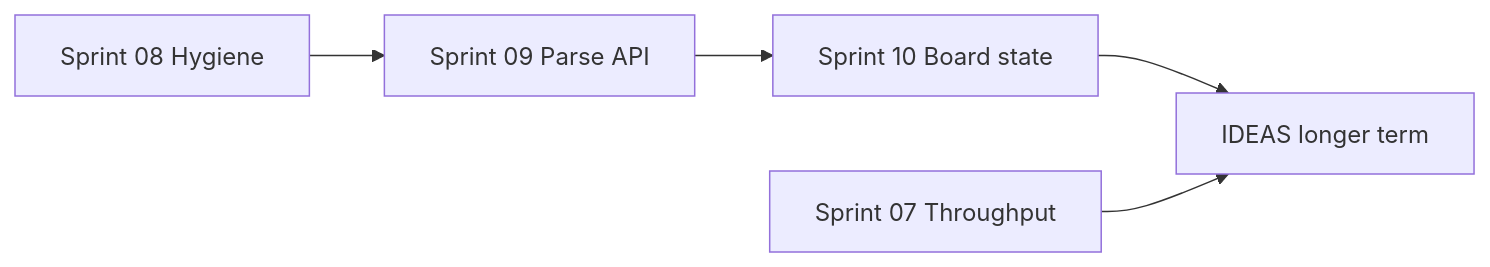
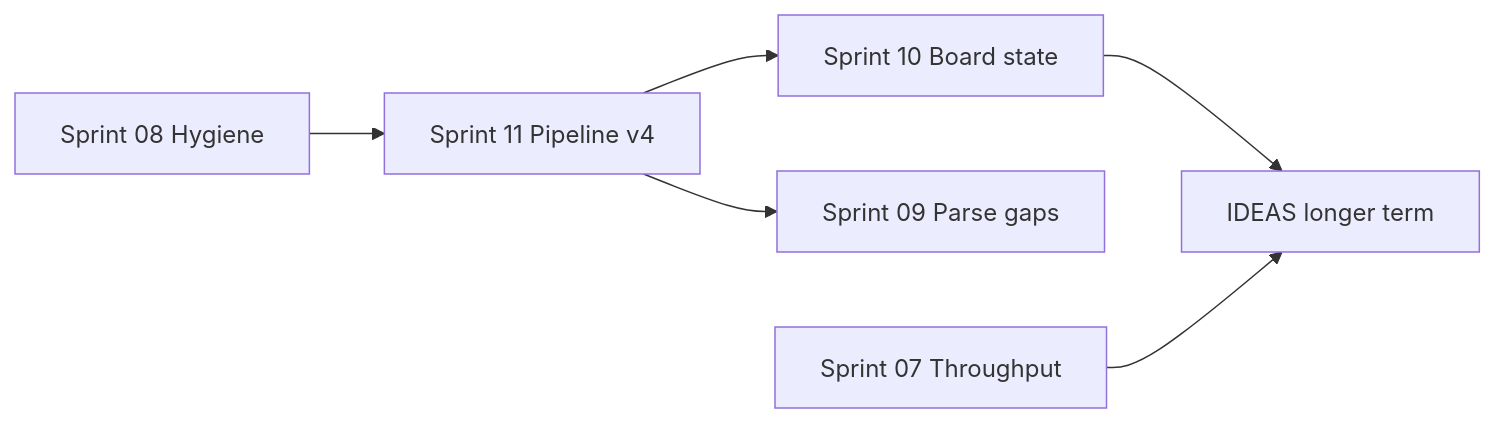
Before and after one commit to yschroe/chessalyzer.js: the diagram in sprints/README.md, drawn with Mermaid. The commit also changed other lines of this file and 72 other files, not shown here.

````diff
--- a/sprints/README.md
+++ b/sprints/README.md
@@ -27,13 +28,15 @@
 ```mermaid
 flowchart LR
     s07[Sprint 07 Throughput]
     s08[Sprint 08 Hygiene]
-    s09[Sprint 09 Parse API]
+    s11[Sprint 11 Pipeline v4]
+    s09[Sprint 09 Parse gaps]
     s10[Sprint 10 Board state]
     ideas[IDEAS longer term]
 
-    s08 --> s09
-    s09 --> s10
+    s08 --> s11
+    s11 --> s09
+    s11 --> s10
     s10 --> ideas
     s07 --> ideas
 ```
````
